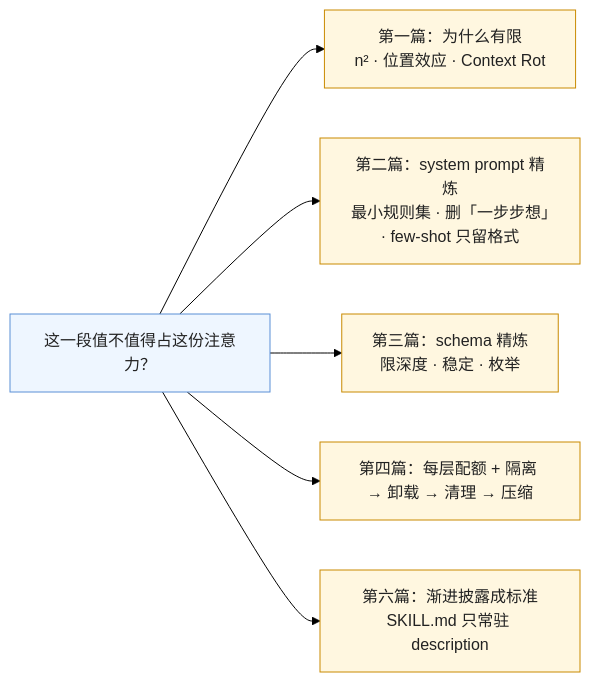
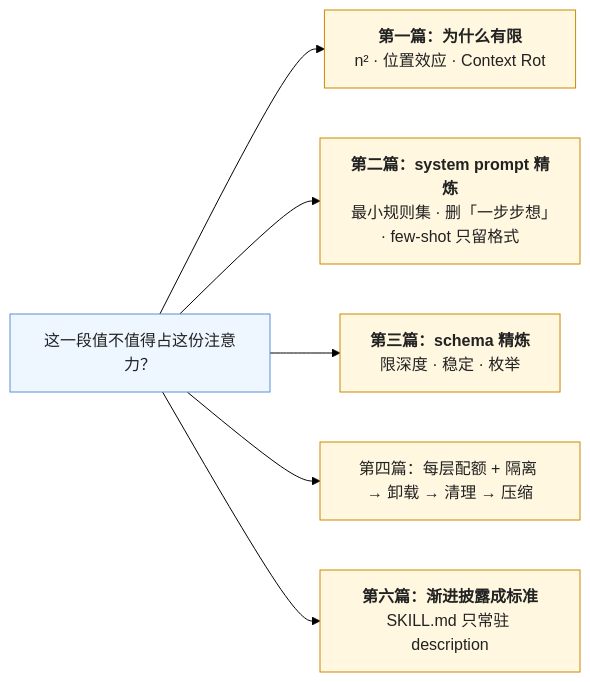
The second of 4 diagrams in _posts/2026-10-11-context-engineering-series-recap-and-self-test.md (arganzheng/arganzheng.github.com), drawn with Mermaid (forest theme) before and after one commit. The commit also changed other lines of this file and 6 other files, not shown here.

First line of the commit message:
Prompt 与上下文工程：模型这一步该看到什么：Mermaid 多行方框的首行标为标题（7 篇）

````diff
--- a/_posts/2026-10-11-context-engineering-series-recap-and-self-test.md
+++ b/_posts/2026-10-11-context-engineering-series-recap-and-self-test.md
@@ -126,13 +126,13 @@
 ```mermaid
 %% 图：预算这条线在六篇里的落点——第一篇给物理基础（n² 注意力、Context Rot），第二篇精炼 system prompt，第三篇精炼 schema，第四篇给每层配额与处理顺序，第六篇把渐进披露做成 SKILL.md 标准；每一篇都在回答同一个问题：这一段值不值得占这份注意力
 flowchart LR
-    Q["这一段值不值得占这份注意力？"] --> P1["第一篇：为什么有限<br/>n² · 位置效应 · Context Rot"]
-    Q --> P2["第二篇：system prompt 精炼<br/>最小规则集 · 删「一步步想」· few-shot 只留格式"]
-    Q --> P3["第三篇：schema 精炼<br/>限深度 · 稳定 · 枚举"]
+    Q["这一段值不值得占这份注意力？"] --> P1["<b>第一篇：为什么有限</b><br/>n² · 位置效应 · Context Rot"]
+    Q --> P2["<b>第二篇：system prompt 精炼</b><br/>最小规则集 · 删「一步步想」· few-shot 只留格式"]
+    Q --> P3["<b>第三篇：schema 精炼</b><br/>限深度 · 稳定 · 枚举"]
     Q --> P4["第四篇：每层配额 + 隔离 → 卸载 → 清理 → 压缩"]
-    Q --> P6["第六篇：渐进披露成标准<br/>SKILL.md 只常驻 description"]
+    Q --> P6["<b>第六篇：渐进披露成标准</b><br/>SKILL.md 只常驻 description"]
     classDef q fill:#eef6ff,stroke:#5b8fd6,color:#222
     classDef p fill:#fff7e0,stroke:#c98a00,color:#222
     class Q q
     class P1,P2,P3,P4,P6 p
 ```
````
